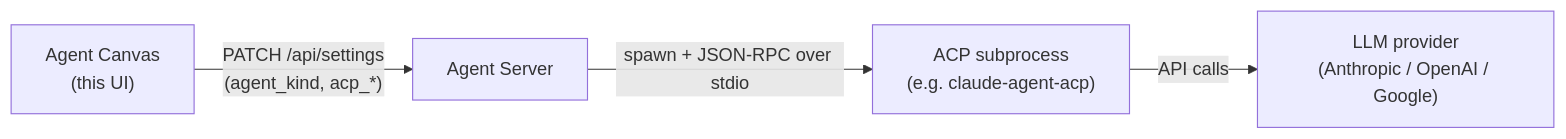
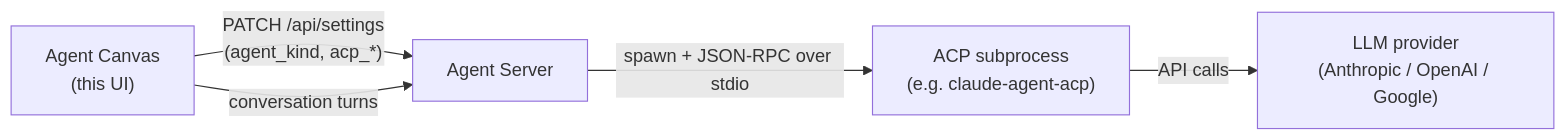
Before and after one commit to OpenHands/agent-canvas: the diagram in docs/ACP_AGENTS.md, drawn with Mermaid.

Commit message:
docs(acp): show the conversation-turns edge in the flow diagram
Canvas relays each turn through the Agent Server, not just the settings PATCH;
add that edge so the diagram doesn't read as config-only (addresses review).

````diff
--- a/docs/ACP_AGENTS.md
+++ b/docs/ACP_AGENTS.md
@@ -17,10 +17,11 @@
 ```mermaid
 flowchart LR
     canvas["Agent Canvas<br/>(this UI)"]
     server["Agent Server"]
     acp["ACP subprocess<br/>(e.g. claude-agent-acp)"]
     llm["LLM provider<br/>(Anthropic / OpenAI / Google)"]
     canvas -- "PATCH /api/settings<br/>(agent_kind, acp_*)" --> server
+    canvas -- "conversation turns" --> server
     server -- "spawn + JSON-RPC over stdio" --> acp
     acp -- "API calls" --> llm
 ```
````
